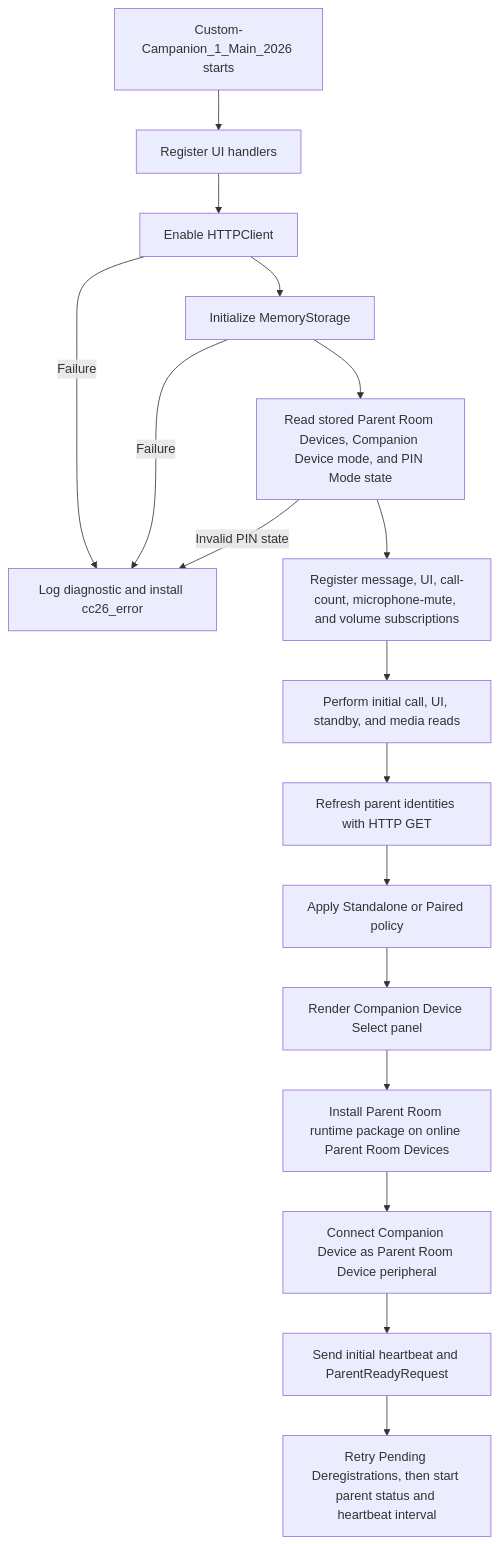
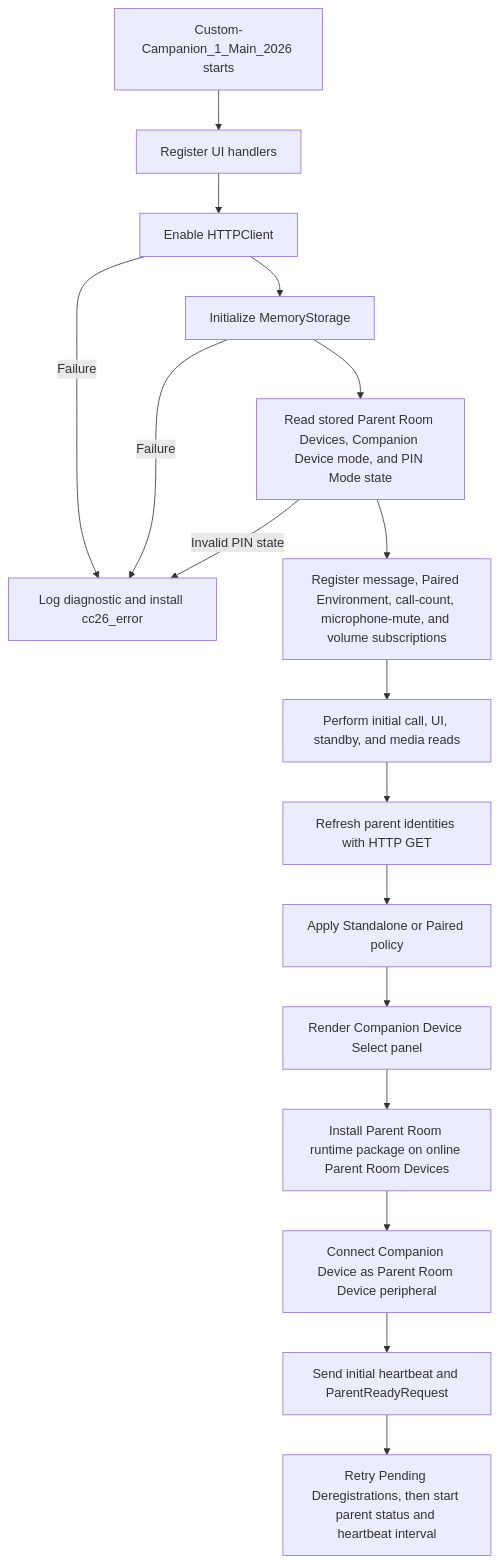
The first of 8 diagrams in README.md (ctg-tme/Custom_Companion_2026), drawn with Mermaid before and after one commit. The commit also changed other lines of this file and 10 other files, not shown here.

Commit message:
Add reversible paired environment policy

````diff
--- a/README.md
+++ b/README.md
@@ -60,19 +60,19 @@
 ```mermaid
 flowchart TD
 	A[Custom-Campanion_1_Main_2026 starts] --> B[Register UI handlers]
 	B --> C[Enable HTTPClient]
 	C --> D[Initialize MemoryStorage]
 	C -- Failure --> X[Log diagnostic and install cc26_error]
 	D -- Failure --> X
 	D --> E[Read stored Parent Room Devices, Companion Device mode, and PIN Mode state]
 	E -- Invalid PIN state --> X
-	E --> F[Register message, UI, call-count, microphone-mute, and volume subscriptions]
+	E --> F[Register message, Paired Environment, call-count, microphone-mute, and volume subscriptions]
 	F --> G[Perform initial call, UI, standby, and media reads]
 	G --> H[Refresh parent identities with HTTP GET]
 	H --> I[Apply Standalone or Paired policy]
 	I --> J[Render Companion Device Select panel]
 	J --> K[Install Parent Room runtime package on online Parent Room Devices]
 	K --> L[Connect Companion Device as Parent Room Device peripheral]
 	L --> M[Send initial heartbeat and ParentReadyRequest]
 	M --> N[Retry Pending Deregistrations, then start parent status and heartbeat interval]
 ```
````
